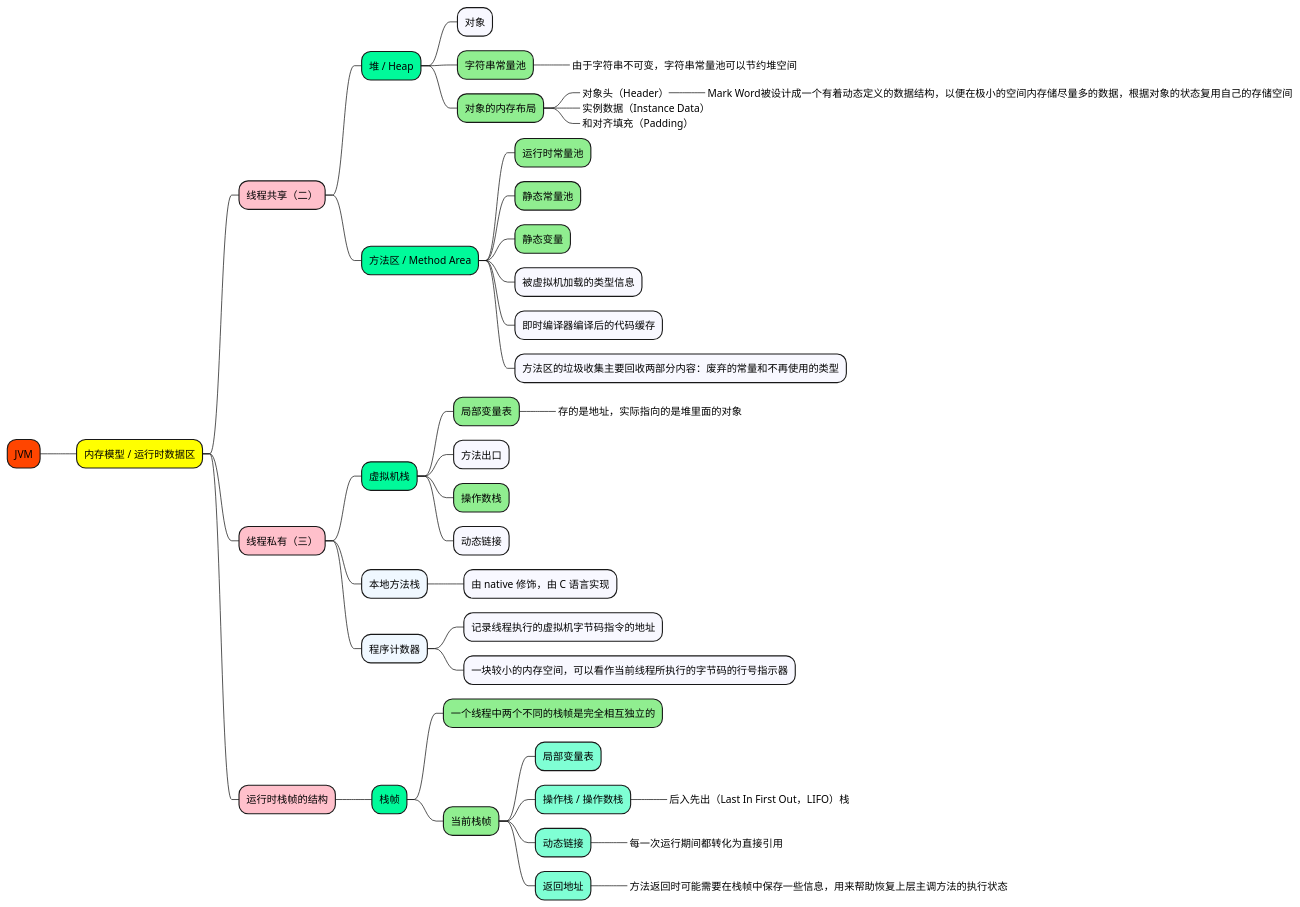
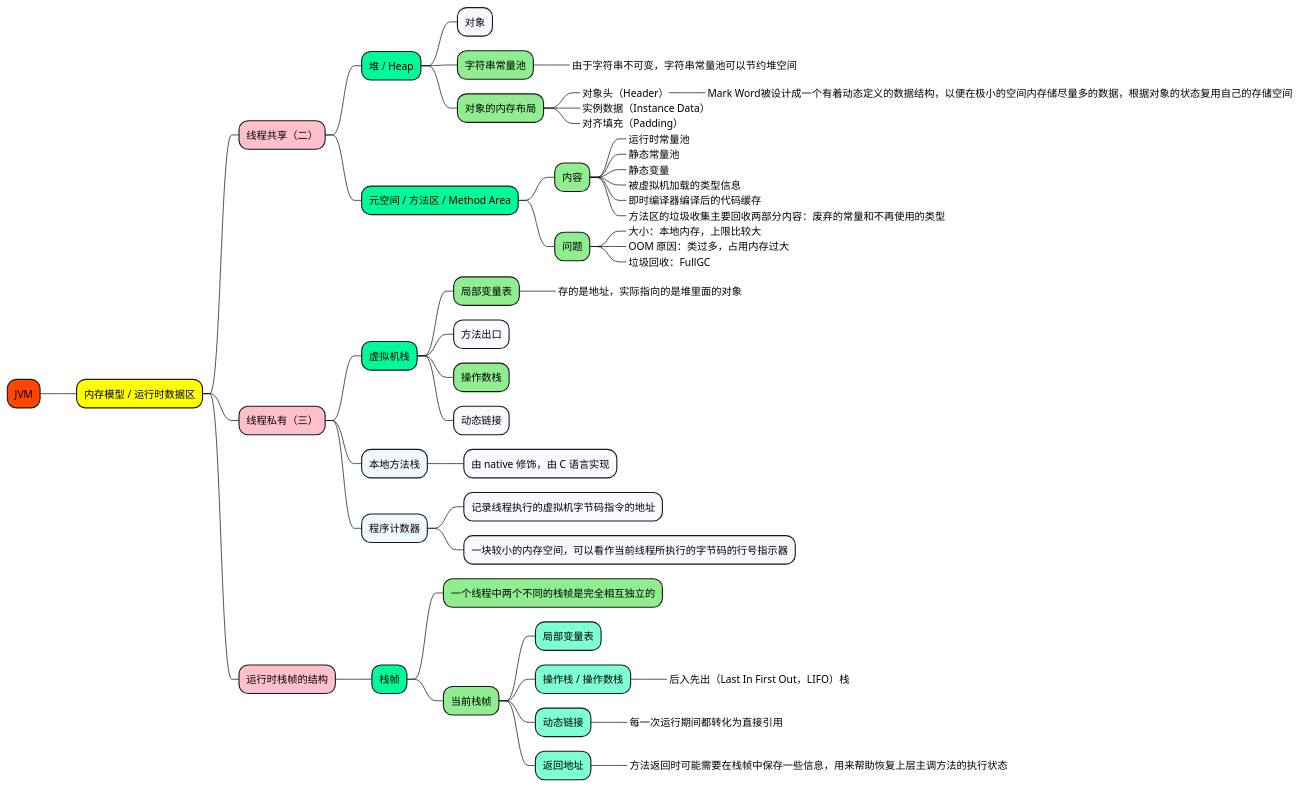
Before and after one commit to doveg/self-cultivation-of-a-software-engineer: the diagram in 1_map/1-java/JVM-内存模型.puml, drawn with PlantUML. The commit also changed 16 other files, not shown here.

```diff
--- a/1_map/1-java/JVM-内存模型.puml
+++ b/1_map/1-java/JVM-内存模型.puml
@@ -1,68 +1,76 @@
 @startmindmap
 
 +[#OrangeRed] JVM
 
 ++[#yellow] 内存模型 / 运行时数据区
 
 +++[#Pink] 线程共享（二）
 
 ++++[#MediumSpringGreen] 堆 / Heap
 
 +++++[#GhostWhite] 对象
+
 +++++[#LightGreen] 字符串常量池
 ++++++[#Aquamarine]_ 由于字符串不可变，字符串常量池可以节约堆空间
 
 +++++[#LightGreen] 对象的内存布局
 ++++++[#Aquamarine]_ 对象头（Header）
 +++++++[#Aquamarine]_ Mark Word被设计成一个有着动态定义的数据结构，以便在极小的空间内存储尽量多的数据，根据对象的状态复用自己的存储空间
 ++++++[#Aquamarine]_ 实例数据（Instance Data）
-++++++[#Aquamarine]_ 和对齐填充（Padding）
+++++++[#Aquamarine]_ 对齐填充（Padding）
 
 
-++++[#MediumSpringGreen] 方法区 / Method Area
+++++[#MediumSpringGreen] 元空间 / 方法区 / Method Area
 
-+++++[#LightGreen] 运行时常量池
-+++++[#LightGreen] 静态常量池
-+++++[#LightGreen] 静态变量
-+++++[#GhostWhite] 被虚拟机加载的类型信息
-+++++[#GhostWhite] 即时编译器编译后的代码缓存
-+++++[#GhostWhite] 方法区的垃圾收集主要回收两部分内容：废弃的常量和不再使用的类型
++++++[#LightGreen] 内容
+++++++[#Aquamarine]_ 运行时常量池
+++++++[#Aquamarine]_ 静态常量池
+++++++[#Aquamarine]_ 静态变量
+++++++[#Aquamarine]_ 被虚拟机加载的类型信息
+++++++[#Aquamarine]_ 即时编译器编译后的代码缓存
+++++++[#Aquamarine]_ 方法区的垃圾收集主要回收两部分内容：废弃的常量和不再使用的类型
+
++++++[#LightGreen] 问题
+++++++[#Aquamarine]_ 大小：本地内存，上限比较大
+++++++[#Aquamarine]_ OOM 原因：类过多，占用内存过大
+++++++[#Aquamarine]_ 垃圾回收：FullGC
+
 
 
 +++[#Pink] 线程私有（三）
 
 ++++[#MediumSpringGreen] 虚拟机栈
 +++++[#LightGreen] 局部变量表
 ++++++[#MediumSpringGreen]_ 存的是地址，实际指向的是堆里面的对象
 +++++[#GhostWhite] 方法出口
 +++++[#LightGreen] 操作数栈
 +++++[#GhostWhite] 动态链接
 
 ++++[#AliceBlue] 本地方法栈
 +++++[#GhostWhite] 由 native 修饰，由 C 语言实现
 
 ++++[#AliceBlue] 程序计数器
 +++++[#GhostWhite] 记录线程执行的虚拟机字节码指令的地址
 +++++[#GhostWhite] 一块较小的内存空间，可以看作当前线程所执行的字节码的行号指示器
 
 
 
 +++[#Pink] 运行时栈帧的结构
 
 ++++[#MediumSpringGreen] 栈帧
 +++++[#LightGreen] 一个线程中两个不同的栈帧是完全相互独立的
 +++++[#LightGreen] 当前栈帧
 ++++++[#Aquamarine] 局部变量表
 ++++++[#Aquamarine] 操作栈 / 操作数栈
 +++++++[#Aquamarine]_ 后入先出（Last In First Out，LIFO）栈
 ++++++[#Aquamarine] 动态链接
 +++++++[#Aquamarine]_ 每一次运行期间都转化为直接引用
 ++++++[#Aquamarine] 返回地址
 +++++++[#Aquamarine]_ 方法返回时可能需要在栈帧中保存一些信息，用来帮助恢复上层主调方法的执行状态
 
 
 
 
 
 
 @endmindmap
```
